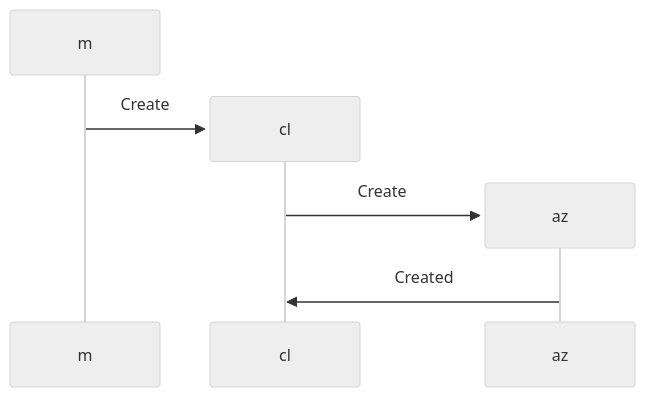
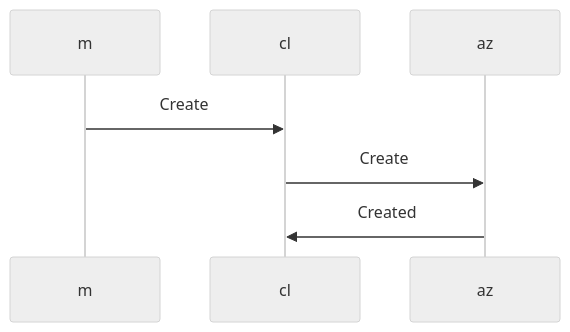
One commit to papadeltasierra/cloudsmets changed the diagram in docs/testmermaid.md. Above: the diagram before and after it, drawn with Mermaid (neutral theme).

````diff
--- a/docs/testmermaid.md
+++ b/docs/testmermaid.md
@@ -2,13 +2,13 @@
 ```mermaid
 
 sequenceDiagram;
 
     participant m;
 
-    create participant cl;
+    participant cl;
     m->>cl: Create
 
-    create participant az;
+    participant az;
     cl->>az: Create
     az->>cl: Created
 ```
````
